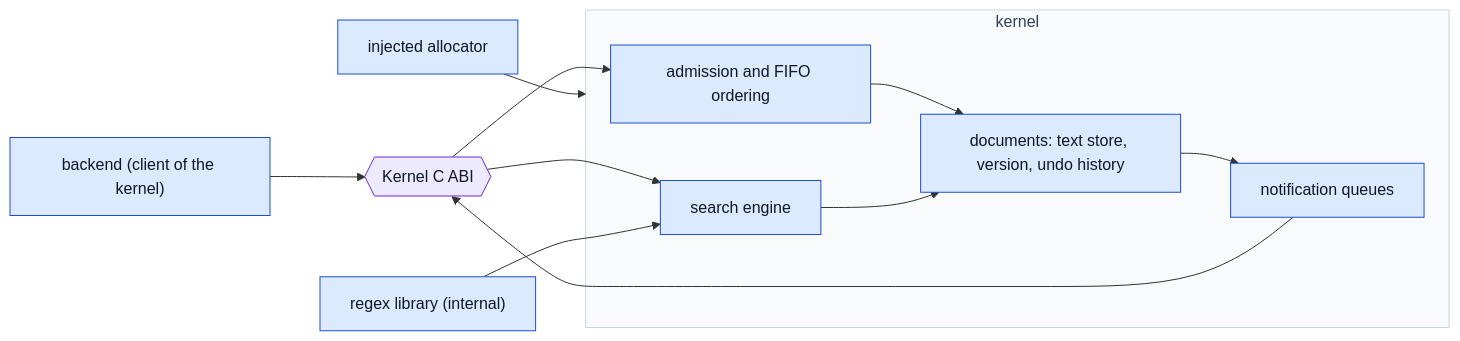
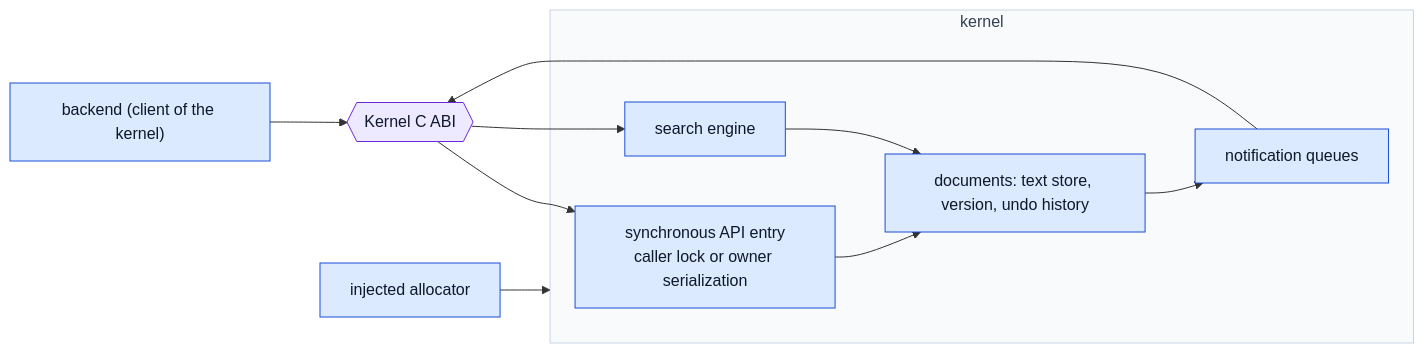
One commit to cdin-editor/spec changed the first of 2 diagrams in docs/kernel/overview.md. Above: the diagram before and after it, drawn with Mermaid. The commit also changed other lines of this file and 36 other files, not shown here.

First line of the commit message:
docs(spec)!: establish the CDIN architecture baseline v1.0.0

````diff
--- a/docs/kernel/overview.md
+++ b/docs/kernel/overview.md
@@ -26,29 +26,26 @@
 ```mermaid
 flowchart LR
     BE["backend (client of the kernel)"]
     ABI{{"Kernel C ABI"}}
     subgraph K["kernel"]
-        ADM["admission and FIFO ordering"]
+        CALL["synchronous API entry<br/>caller lock or owner serialization"]
         DOCS["documents: text store, version, undo history"]
         SRCH["search engine"]
         NOTE["notification queues"]
     end
     ALLOC["injected allocator"]
-    REGEX["regex library (internal)"]
-
     BE --> ABI
-    ABI --> ADM
-    ADM --> DOCS
+    ABI --> CALL
+    CALL --> DOCS
     ABI --> SRCH
     SRCH --> DOCS
     DOCS --> NOTE
     NOTE --> ABI
     ALLOC --> K
-    REGEX --> SRCH
     classDef comp fill:#dbeafe,stroke:#1d4ed8,color:#0f172a
     classDef contract fill:#ede9fe,stroke:#6d28d9,color:#0f172a
     classDef group fill:#f8fafc,stroke:#cbd5e1,color:#334155
-    class ADM,ALLOC,BE,DOCS,NOTE,REGEX,SRCH comp
+    class ALLOC,BE,CALL,DOCS,NOTE,SRCH comp
     class ABI contract
     class K group
 ```
````
